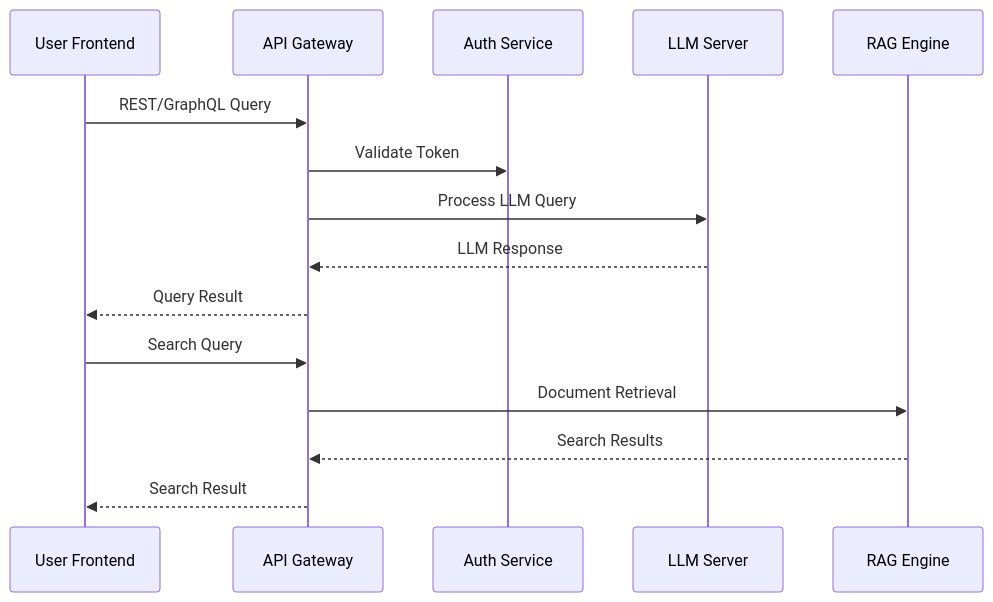
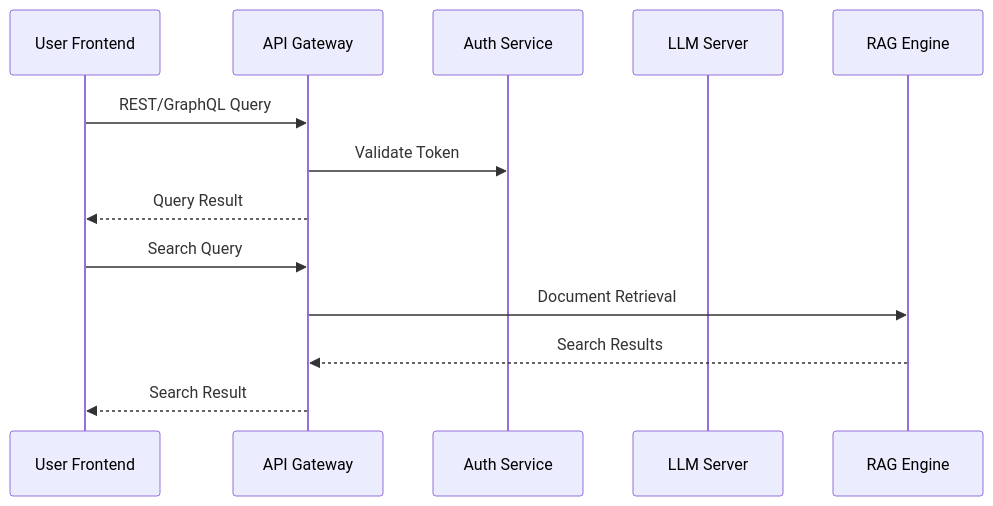
The second of 4 diagrams in docs/arc42/06_runtime_view.md (Sentra-Brain/sentra-platform), drawn with Mermaid before and after one commit.

````diff
--- a/docs/arc42/06_runtime_view.md
+++ b/docs/arc42/06_runtime_view.md
@@ -79,20 +79,18 @@
 ```mermaid
 sequenceDiagram
     participant User as User Frontend
     participant API as API Gateway
     participant Auth as Auth Service
     participant LLM as LLM Server
     participant RAG as RAG Engine
 
     User->>API: REST/GraphQL Query
     API->>Auth: Validate Token
-    API->>LLM: Process LLM Query
-    LLM-->>API: LLM Response
     API-->>User: Query Result
 
     User->>API: Search Query
     API->>RAG: Document Retrieval
     RAG-->>API: Search Results
     API-->>User: Search Result
 
 ```
````
